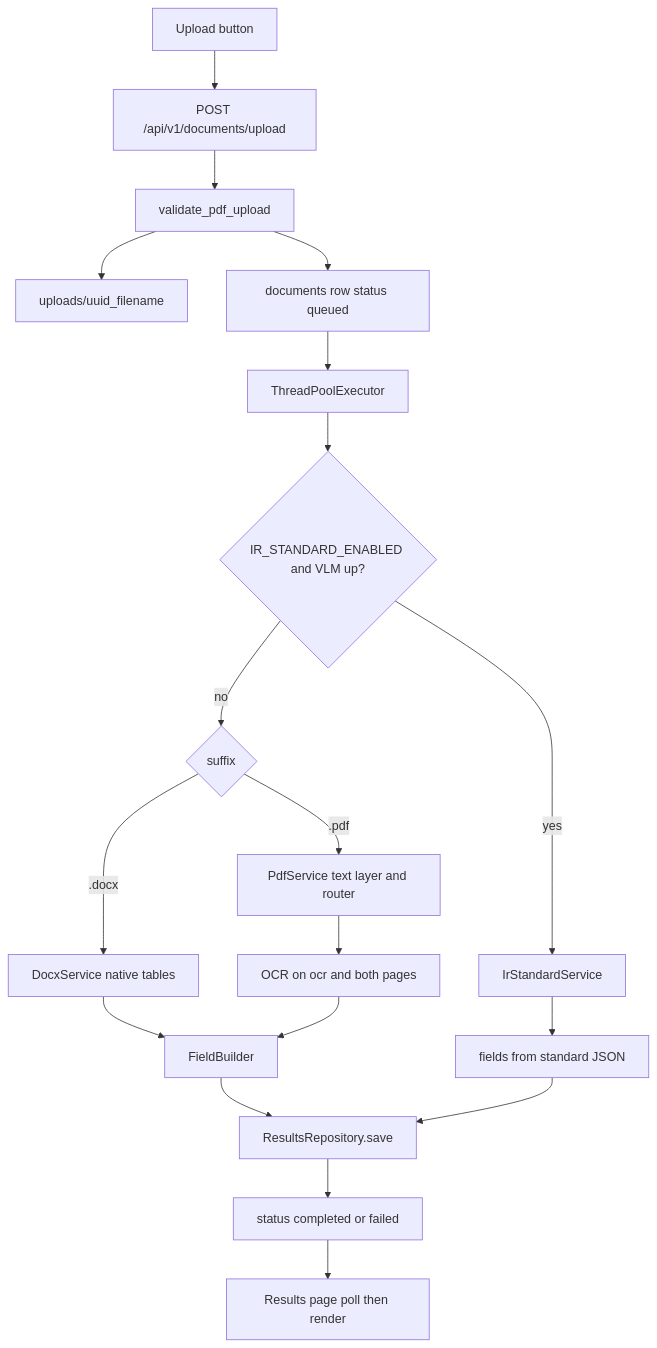
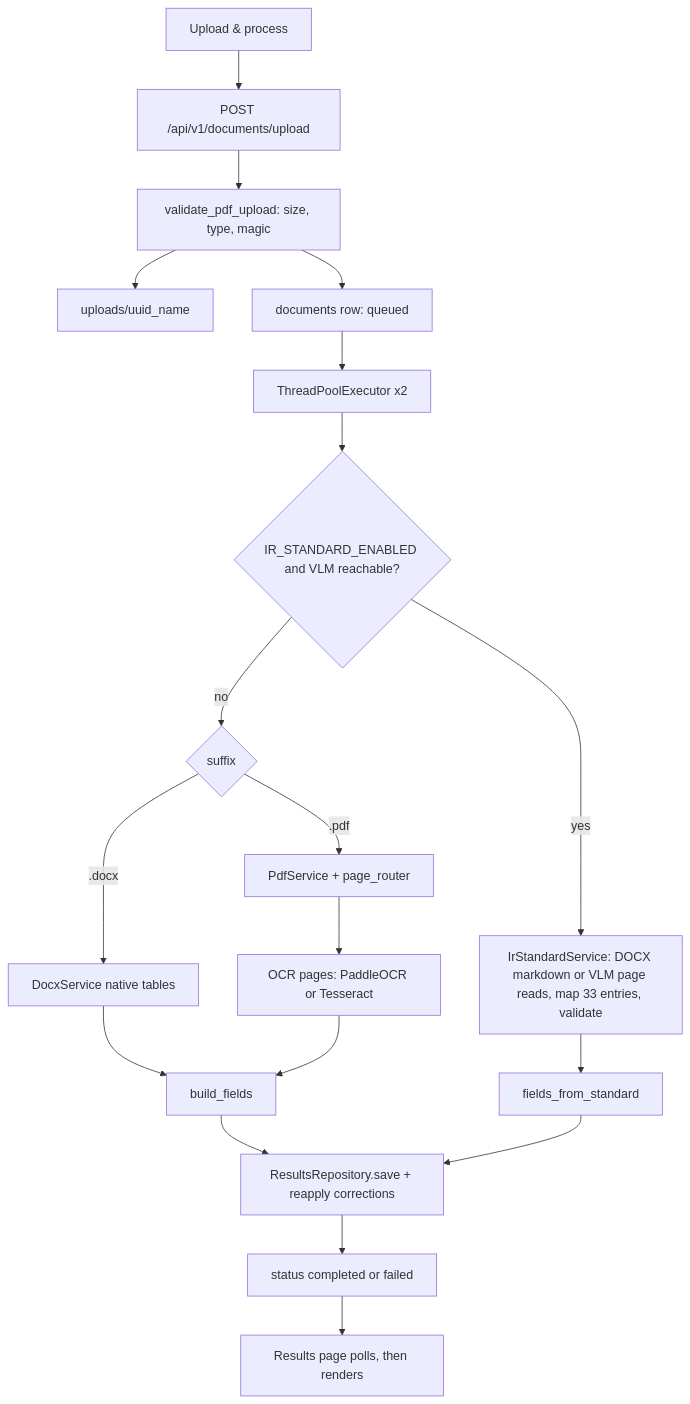
One commit to BCSS-Nandeep/CHARGE_SHEET_OCR changed the second of 4 diagrams in IR_OCR-application-analysis.md. Above: the diagram before and after it, drawn with Mermaid. The commit also changed other lines of this file and 1 other file, not shown here.

````diff
--- a/IR_OCR-application-analysis.md
+++ b/IR_OCR-application-analysis.md
@@ -371,21 +400,21 @@
 ```mermaid
 flowchart TD
-    A[Upload button] --> B[POST /api/v1/documents/upload]
-    B --> C[validate_pdf_upload]
-    C --> D[uploads/uuid_filename]
-    C --> E[documents row status queued]
-    E --> F[ThreadPoolExecutor]
-    F --> G{IR_STANDARD_ENABLED and VLM up?}
-    G -->|yes| H[IrStandardService]
+    A[Upload & process] --> B[POST /api/v1/documents/upload]
+    B --> C[validate_pdf_upload: size, type, magic]
+    C --> D[uploads/uuid_name]
+    C --> E[documents row: queued]
+    E --> F[ThreadPoolExecutor x2]
+    F --> G{IR_STANDARD_ENABLED and VLM reachable?}
+    G -->|yes| H[IrStandardService: DOCX markdown or VLM page reads, map 33 entries, validate]
     G -->|no| I{suffix}
     I -->|.docx| J[DocxService native tables]
-    I -->|.pdf| K[PdfService text layer and router]
-    K --> L[OCR on ocr and both pages]
-    J --> M[FieldBuilder]
+    I -->|.pdf| K[PdfService + page_router]
+    K --> L[OCR pages: PaddleOCR or Tesseract]
+    J --> M[build_fields]
     L --> M
-    H --> N[fields from standard JSON]
-    M --> O[ResultsRepository.save]
+    H --> N[fields_from_standard]
+    M --> O[ResultsRepository.save + reapply corrections]
     N --> O
     O --> P[status completed or failed]
-    P --> Q[Results page poll then render]
+    P --> Q[Results page polls, then renders]
 ```
````
